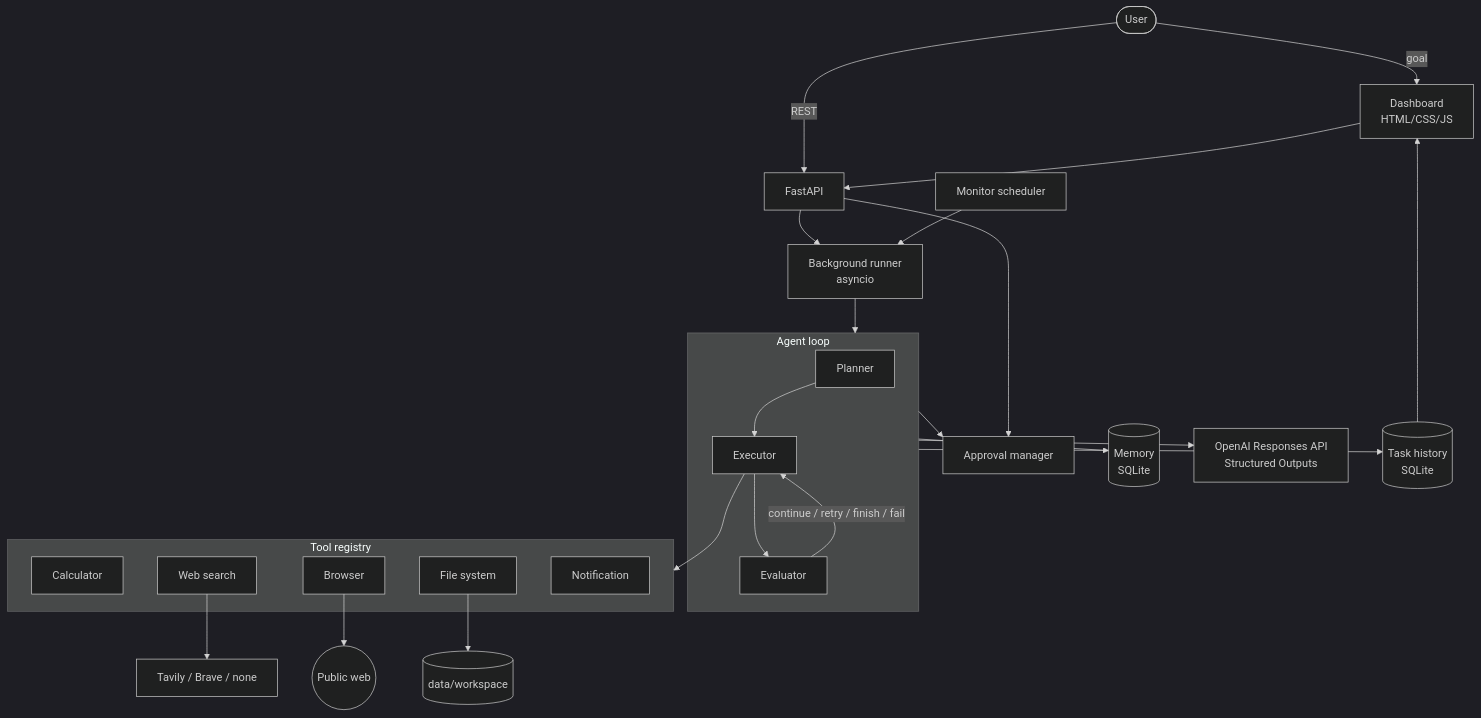
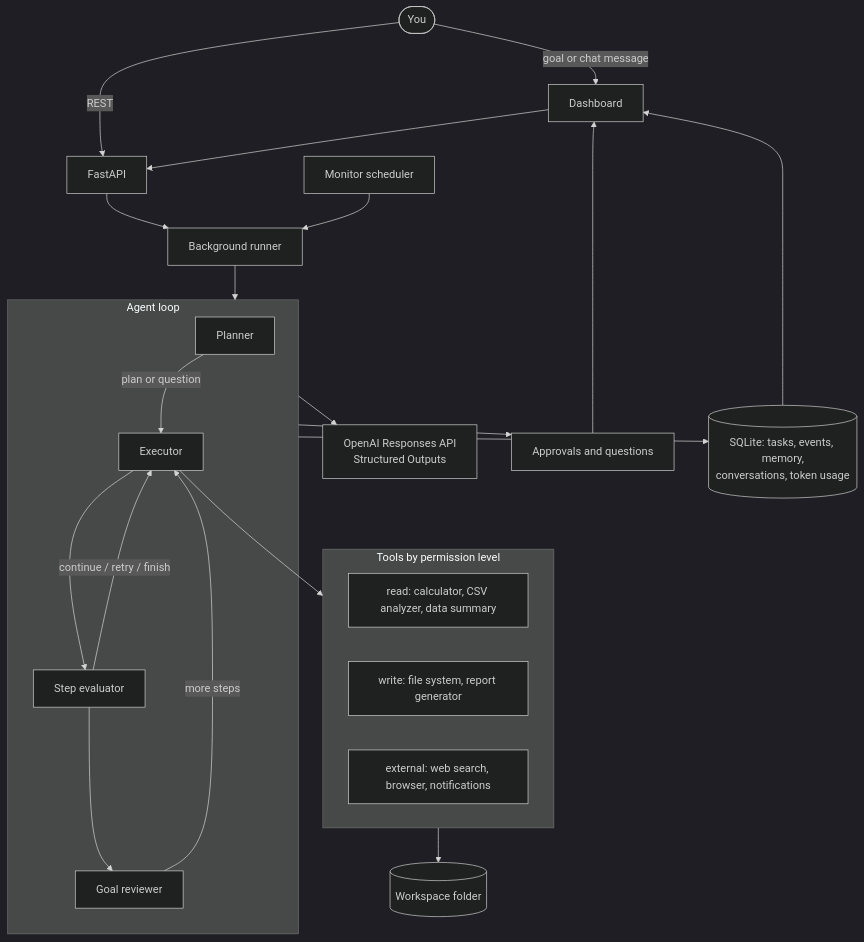
The diagram in README.md (Anjub004/dot-lab), drawn with Mermaid (dark theme) before and after one commit. The commit also changed other lines of this file and 8 other files, not shown here.

````diff
--- a/README.md
+++ b/README.md
@@ -34,35 +98,32 @@
 ```mermaid
 flowchart TD
-    User([User]) -->|goal| Dashboard[Dashboard<br/>HTML/CSS/JS]
+    User([You]) -->|goal or chat message| Dashboard[Dashboard]
     User -->|REST| API
     Dashboard --> API[FastAPI]
-    API --> Runner[Background runner<br/>asyncio]
-    API --> Approvals
+    API --> Runner[Background runner]
+    Scheduler[Monitor scheduler] --> Runner
     Runner --> Agent
-    Scheduler[Monitor scheduler] --> Runner
 
     subgraph Agent[Agent loop]
-        Planner --> Executor
-        Executor --> Evaluator
-        Evaluator -->|continue / retry / finish / fail| Executor
+        Planner -->|plan or question| Executor
+        Executor --> Evaluator[Step evaluator]
+        Evaluator -->|continue / retry / finish| Executor
+        Evaluator --> Reviewer[Goal reviewer]
+        Reviewer -->|more steps| Executor
     end
 
-    Agent --> Memory[(Memory<br/>SQLite)]
-    Agent --> Approvals[Approval manager]
     Agent --> LLM[OpenAI Responses API<br/>Structured Outputs]
+    Agent --> Approvals[Approvals and questions]
+    Approvals --> Dashboard
     Executor --> Tools
 
-    subgraph Tools[Tool registry]
-        Calc[Calculator]
-        Search[Web search]
-        Browser[Browser]
-        Files[File system]
-        Notify[Notification]
+    subgraph Tools[Tools by permission level]
+        Read[read: calculator, CSV analyzer, data summary]
+        Write[write: file system, report generator]
+        External[external: web search, browser, notifications]
     end
 
-    Search --> Provider[Tavily / Brave / none]
-    Browser --> Web((Public web))
-    Files --> Workspace[(data/workspace)]
-    Agent --> DB[(Task history<br/>SQLite)]
+    Agent --> DB[(SQLite: tasks, events, memory,<br/>conversations, token usage)]
+    Tools --> Workspace[(Workspace folder)]
     DB --> Dashboard
 ```
````
